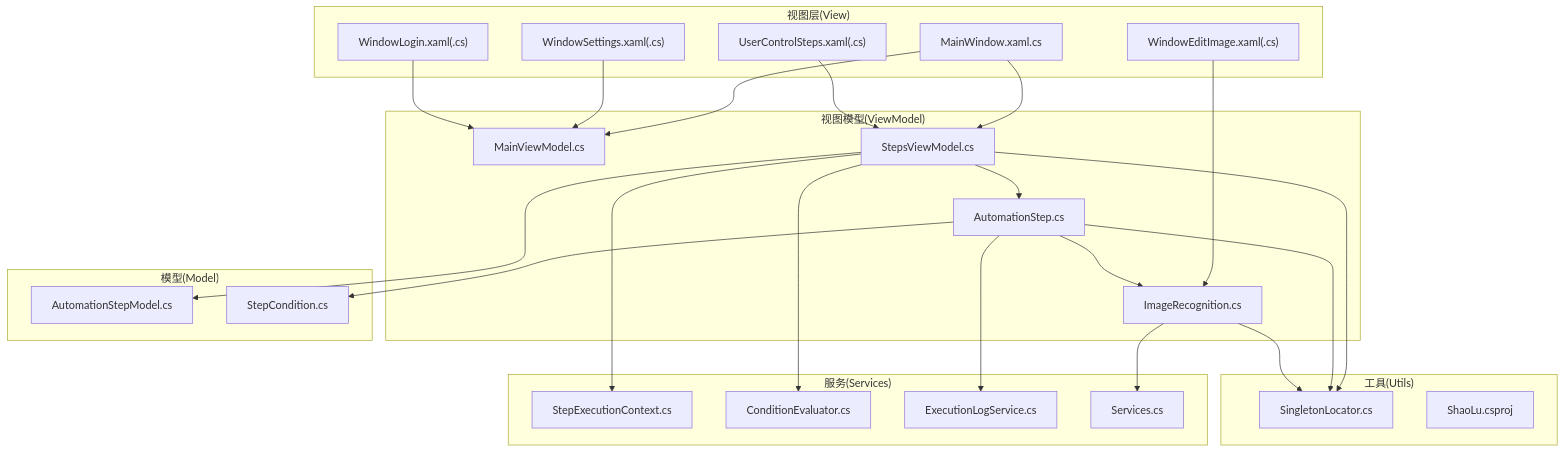
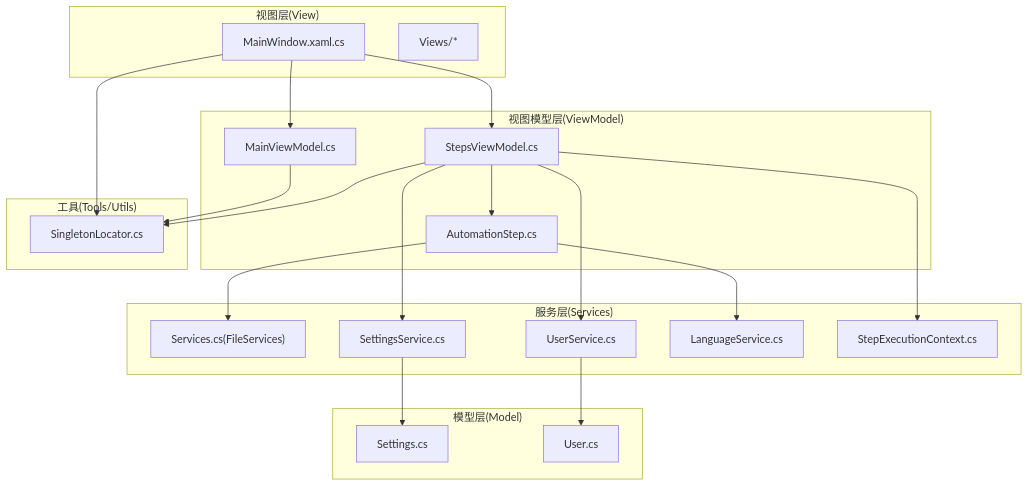
Before and after one commit to yooxii/ShaoLuAuto: the first of 8 diagrams in .qoder/repowiki/zh/content/架构设计/架构设计.md, drawn with Mermaid. The commit also changed other lines of this file and 213 other files, not shown here.

````diff
--- a/.qoder/repowiki/zh/content/架构设计/架构设计.md
+++ b/.qoder/repowiki/zh/content/架构设计/架构设计.md
@@ -45,47 +44,39 @@
 ```mermaid
 graph TB
 subgraph "视图层(View)"
 MW["MainWindow.xaml.cs"]
-V_Steps["UserControlSteps.xaml(.cs)"]
-V_Settings["WindowSettings.xaml(.cs)"]
-V_Login["WindowLogin.xaml(.cs)"]
-V_EditImage["WindowEditImage.xaml(.cs)"]
+V_Views["Views/*"]
 end
-subgraph "视图模型(ViewModel)"
+subgraph "视图模型层(ViewModel)"
 VM_Main["MainViewModel.cs"]
 VM_Steps["StepsViewModel.cs"]
-VM_AutoStep["AutomationStep.cs"]
-VM_ImageRec["ImageRecognition.cs"]
+VM_StepBase["AutomationStep.cs"]
 end
-subgraph "模型(Model)"
-M_StepType["AutomationStepModel.cs"]
-M_Condition["StepCondition.cs"]
+subgraph "模型层(Model)"
+M_Settings["Settings.cs"]
+M_User["User.cs"]
 end
-subgraph "服务(Services)"
-S_Context["StepExecutionContext.cs"]
-S_CondEval["ConditionEvaluator.cs"]
-S_Log["ExecutionLogService.cs"]
-S_Svc["Services.cs"]
+subgraph "服务层(Services)"
+S_File["Services.cs(FileServices)"]
+S_User["UserService.cs"]
+S_Setting["SettingsService.cs"]
+S_Lang["LanguageService.cs"]
+S_ExecCtx["StepExecutionContext.cs"]
 end
-subgraph "工具(Utils)"
-U_Locator["SingletonLocator.cs"]
-U_Proj["ShaoLu.csproj"]
+subgraph "工具(Tools/Utils)"
+U_Singleton["SingletonLocator.cs"]
 end
 MW --> VM_Main
 MW --> VM_Steps
-V_Steps --> VM_Steps
-V_Settings --> VM_Main
-V_Login --> VM_Main
-V_EditImage --> VM_ImageRec
-VM_Steps --> VM_AutoStep
-VM_AutoStep --> VM_ImageRec
-VM_ImageRec --> S_Svc
-VM_Steps --> S_Context
-VM_Steps --> S_CondEval
-VM_AutoStep --> S_Log
-VM_Steps --> U_Locator
-VM_AutoStep --> U_Locator
-VM_ImageRec --> U_Locator
-VM_Steps --> M_StepType
-VM_AutoStep --> M_Condition
+VM_Steps --> VM_StepBase
+VM_Steps --> S_ExecCtx
+VM_Steps --> S_Setting
+VM_Steps --> S_User
+VM_Main --> U_Singleton
+VM_Steps --> U_Singleton
+MW --> U_Singleton
+VM_StepBase --> S_File
+VM_StepBase --> S_Lang
+S_User --> M_User
+S_Setting --> M_Settings
 ```
````
